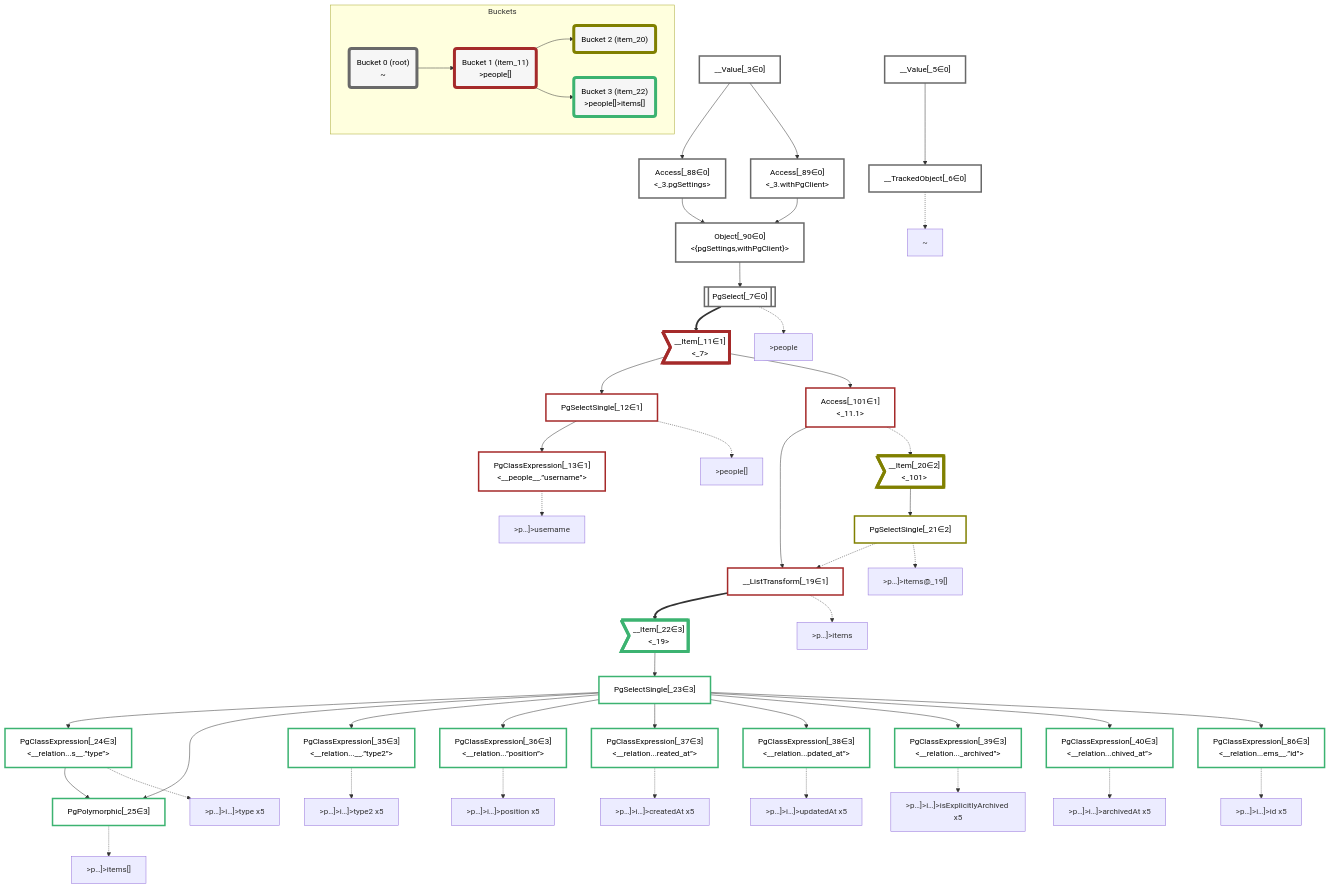
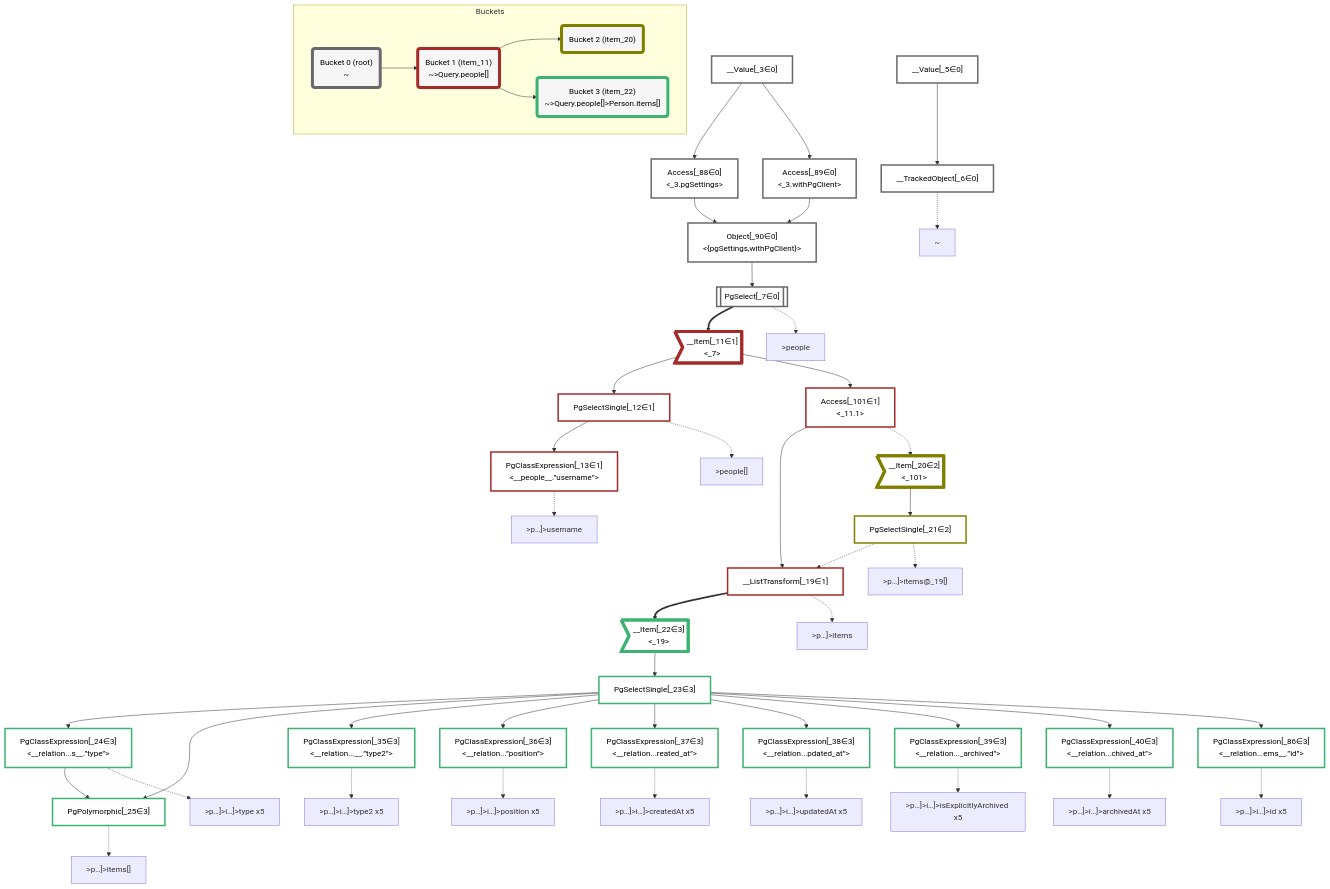
The diagram in packages/dataplan-pg/__tests__/queries/interfaces-relational/basics.mermaid.md (graphile/crystal), drawn with Mermaid before and after one commit. The commit also changed 141 other files, not shown here.

```diff
--- a/packages/dataplan-pg/__tests__/queries/interfaces-relational/basics.mermaid.md
+++ b/packages/dataplan-pg/__tests__/queries/interfaces-relational/basics.mermaid.md
@@ -107,13 +107,13 @@
     subgraph Buckets
     Bucket0("Bucket 0 (root)<br />~"):::bucket
     style Bucket0 stroke:#696969
-    Bucket1("Bucket 1 (item_11)<br />>people[]"):::bucket
+    Bucket1("Bucket 1 (item_11)<br />~>Query.people[]"):::bucket
     style Bucket1 stroke:#a52a2a
     Bucket0 --> Bucket1
     Bucket2("Bucket 2 (item_20)"):::bucket
     style Bucket2 stroke:#808000
     Bucket1 --> Bucket2
-    Bucket3("Bucket 3 (item_22)<br />>people[]>items[]"):::bucket
+    Bucket3("Bucket 3 (item_22)<br />~>Query.people[]>Person.items[]"):::bucket
     style Bucket3 stroke:#3cb371
     Bucket1 --> Bucket3
     end
```
